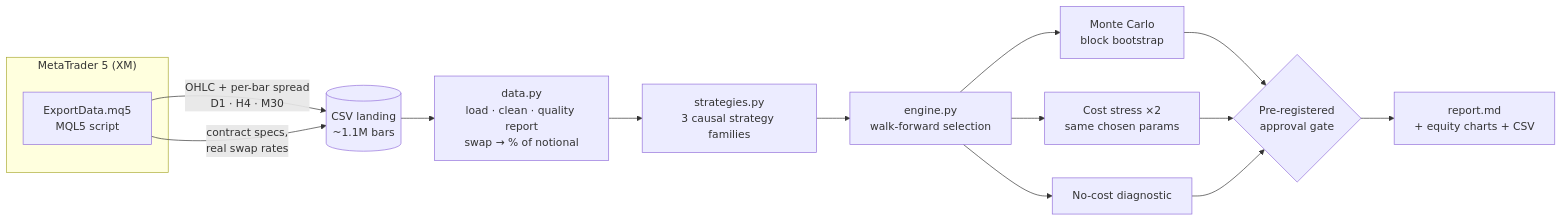
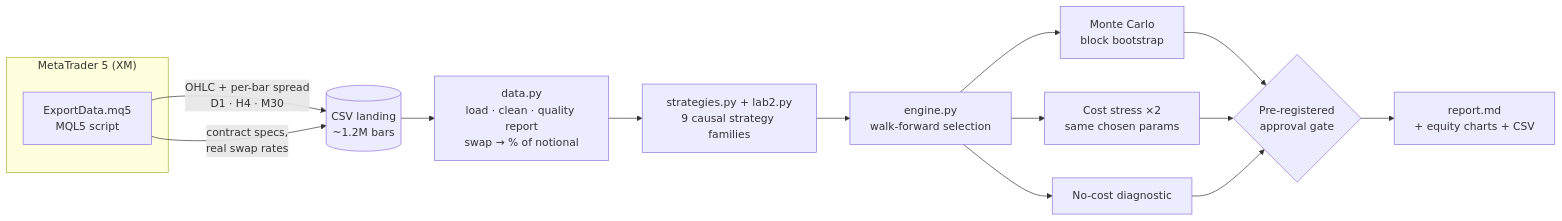
One commit to samvie1232/trading-strategy-validation-lab changed the diagram in README.md. Above: the diagram before and after it, drawn with Mermaid. The commit also changed other lines of this file and 29 other files, not shown here.

````diff
--- a/README.md
+++ b/README.md
@@ -55,16 +63,16 @@
 ```mermaid
 flowchart LR
     subgraph MT5["MetaTrader 5 (XM)"]
         A[ExportData.mq5<br/>MQL5 script]
     end
-    A -->|OHLC + per-bar spread<br/>D1 · H4 · M30| B[(CSV landing<br/>~1.1M bars)]
+    A -->|OHLC + per-bar spread<br/>D1 · H4 · M30| B[(CSV landing<br/>~1.2M bars)]
     A -->|contract specs,<br/>real swap rates| B
     B --> C[data.py<br/>load · clean · quality report<br/>swap → % of notional]
-    C --> D[strategies.py<br/>3 causal strategy families]
+    C --> D[strategies.py + lab2.py<br/>9 causal strategy families]
     D --> E[engine.py<br/>walk-forward selection]
     E --> F[Monte Carlo<br/>block bootstrap]
     E --> G[Cost stress ×2<br/>same chosen params]
     E --> H[No-cost diagnostic]
     F & G & H --> I{Pre-registered<br/>approval gate}
     I --> J[report.md<br/>+ equity charts + CSV]
 ```
````
